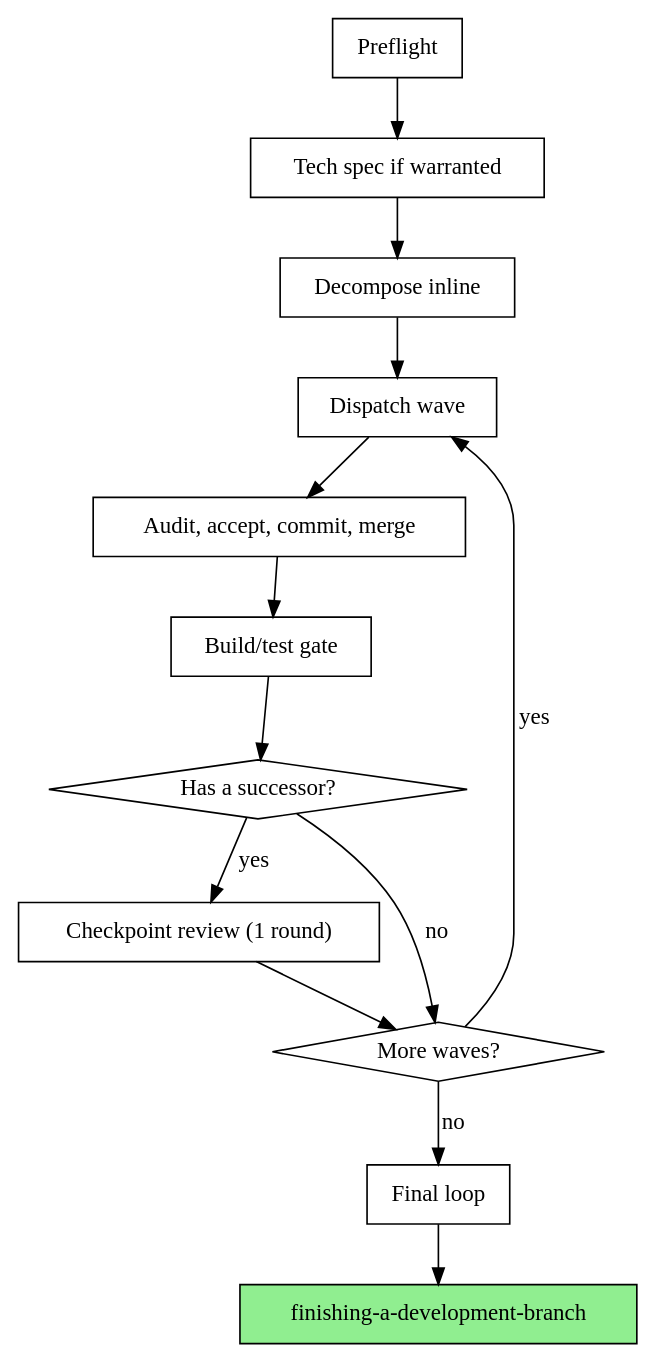
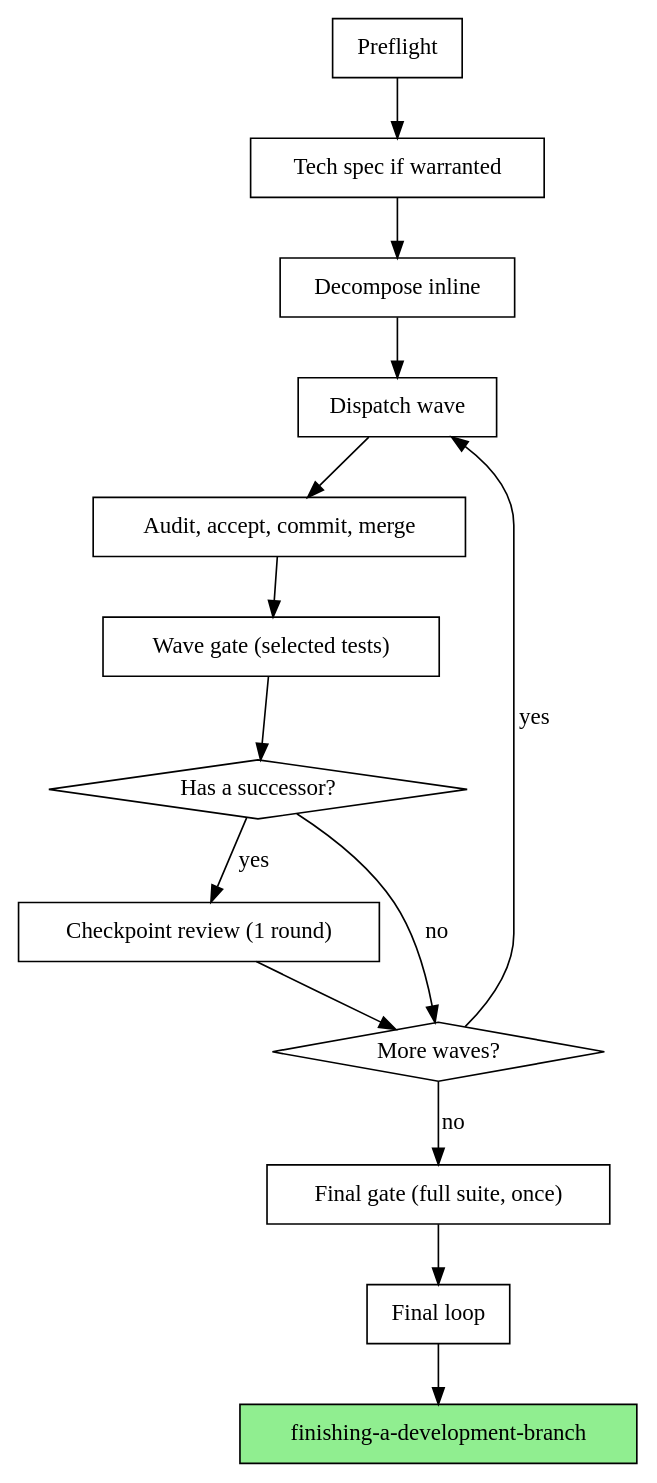
The second of 2 diagrams in skills/subagent-driven-development/SKILL.md (zpyoung/quirk), drawn with Graphviz before and after one commit. The commit also changed other lines of this file and 4 other files, not shown here.

First line of the commit message:
sdd: gate waves on selected tests, run the full suite once at the end

````diff
--- a/skills/subagent-driven-development/SKILL.md
+++ b/skills/subagent-driven-development/SKILL.md
@@ -60,25 +60,27 @@
 ```dot
 digraph process {
     rankdir=TB;
     "Preflight" [shape=box];
     "Tech spec if warranted" [shape=box];
     "Decompose inline" [shape=box];
     "Dispatch wave" [shape=box];
     "Audit, accept, commit, merge" [shape=box];
-    "Build/test gate" [shape=box];
+    "Wave gate (selected tests)" [shape=box];
     "Has a successor?" [shape=diamond];
     "Checkpoint review (1 round)" [shape=box];
     "More waves?" [shape=diamond];
+    "Final gate (full suite, once)" [shape=box];
     "Final loop" [shape=box];
     "finishing-a-development-branch" [shape=box style=filled fillcolor=lightgreen];
 
     "Preflight" -> "Tech spec if warranted" -> "Decompose inline" -> "Dispatch wave";
-    "Dispatch wave" -> "Audit, accept, commit, merge" -> "Build/test gate" -> "Has a successor?";
+    "Dispatch wave" -> "Audit, accept, commit, merge" -> "Wave gate (selected tests)" -> "Has a successor?";
     "Has a successor?" -> "Checkpoint review (1 round)" [label="yes"];
     "Has a successor?" -> "More waves?" [label="no"];
     "Checkpoint review (1 round)" -> "More waves?";
     "More waves?" -> "Dispatch wave" [label="yes"];
-    "More waves?" -> "Final loop" [label="no"];
+    "More waves?" -> "Final gate (full suite, once)" [label="no"];
+    "Final gate (full suite, once)" -> "Final loop";
     "Final loop" -> "finishing-a-development-branch";
 }
 ```
````
